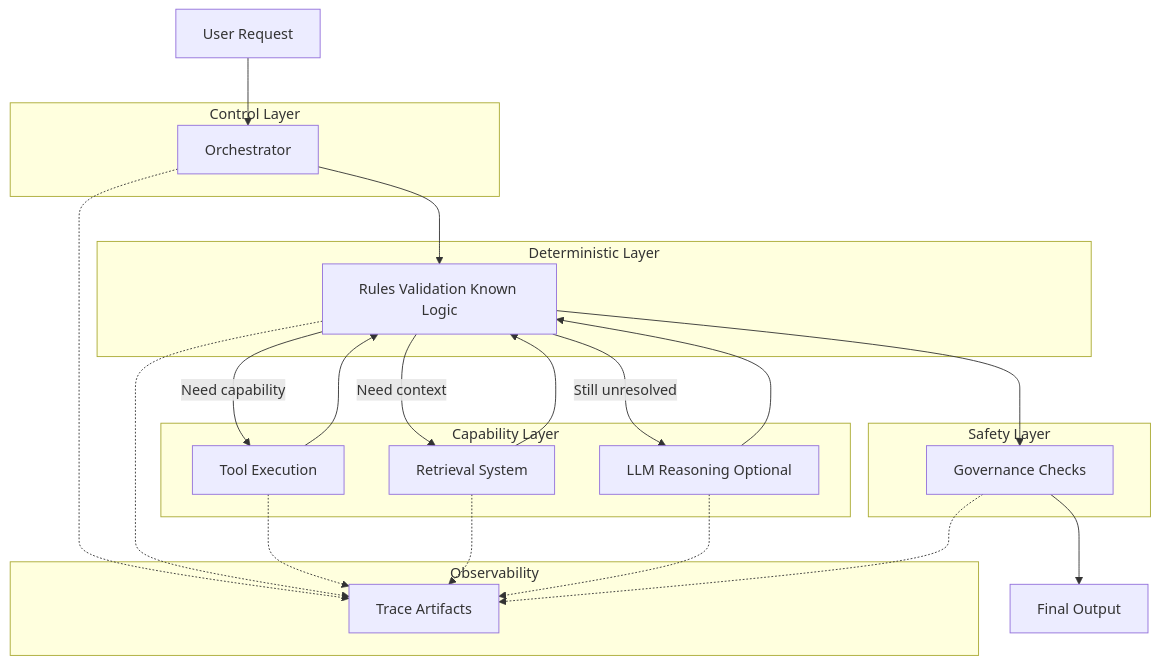
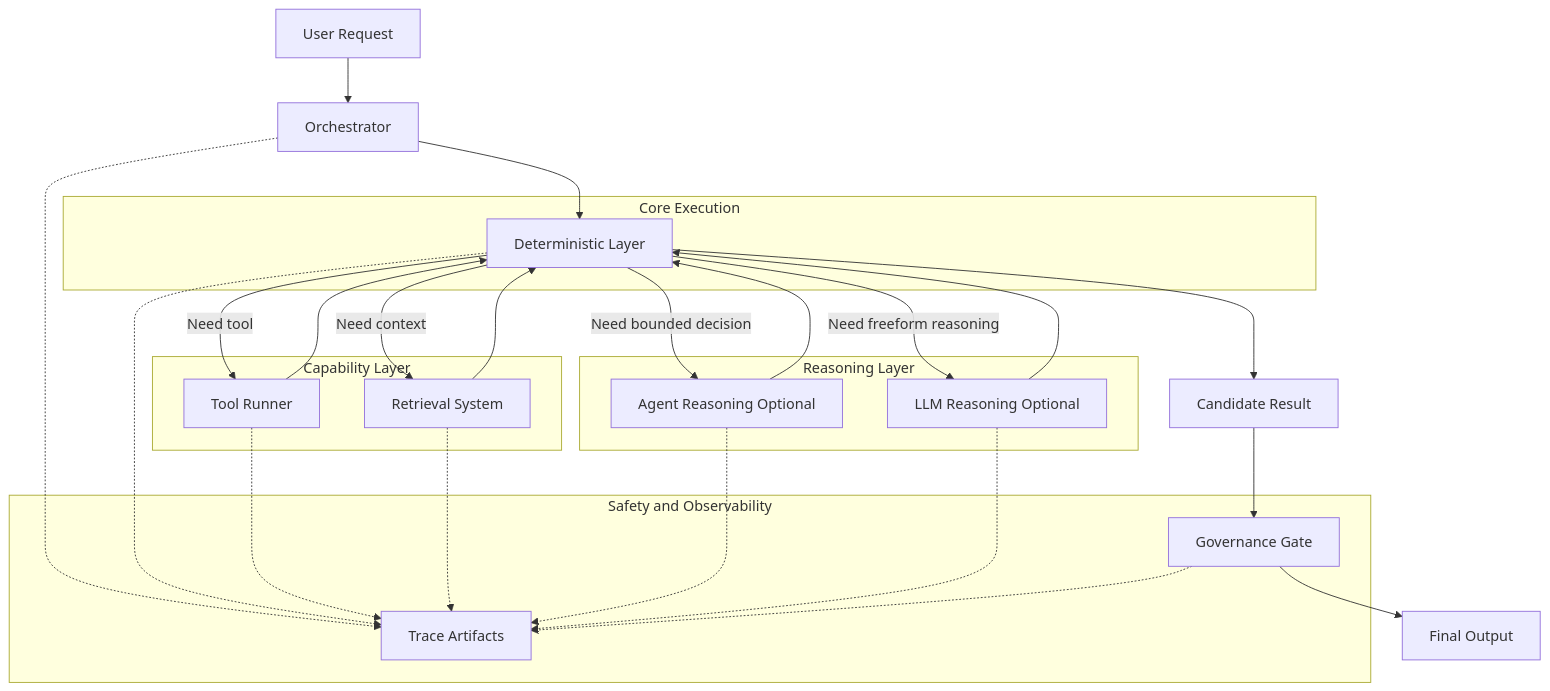
The diagram in docs/review/diagrams/architecture_big_picture.md (Vafamehr/deterministic-llm-system), drawn with Mermaid before and after one commit. The commit also changed 7 other files, not shown here.

Commit message:
diagrams revised

````diff
--- a/docs/review/diagrams/architecture_big_picture.md
+++ b/docs/review/diagrams/architecture_big_picture.md
@@ -3,50 +3,49 @@
   ```mermaid
 
 flowchart TD
 
-User[User Request]
+User[User Request] --> O[Orchestrator]
 
-subgraph Control Layer
-O[Orchestrator]
-end
-
-subgraph Deterministic Layer
-D[Rules Validation Known Logic]
+subgraph Core Execution
+D[Deterministic Layer]
 end
 
 subgraph Capability Layer
-T[Tool Execution]
-RAG[Retrieval System]
+TR[Tool Runner]
+RET[Retrieval System]
+end
+
+subgraph Reasoning Layer
+A[Agent Reasoning Optional]
 LLM[LLM Reasoning Optional]
 end
 
-subgraph Safety Layer
-G[Governance Checks]
+subgraph Safety and Observability
+G[Governance Gate]
+T[Trace Artifacts]
 end
 
-subgraph Observability
-TR[Trace Artifacts]
-end
-
-User --> O
 O --> D
 
-D -->|Need capability| T
-D -->|Need context| RAG
-D -->|Still unresolved| LLM
+D -->|Need tool| TR
+D -->|Need context| RET
+D -->|Need bounded decision| A
+D -->|Need freeform reasoning| LLM
 
-T --> D
-RAG --> D
+TR --> D
+RET --> D
+A --> D
 LLM --> D
 
-D --> G
-G --> Output[Final Output]
+D --> C[Candidate Result]
+C --> G --> OUT[Final Output]
 
-O -.-> TR
-D -.-> TR
-T -.-> TR
-RAG -.-> TR
-LLM -.-> TR
-G -.-> TR
+O -.-> T
+D -.-> T
+TR -.-> T
+RET -.-> T
+A -.-> T
+LLM -.-> T
+G -.-> T
 
 ```
````
